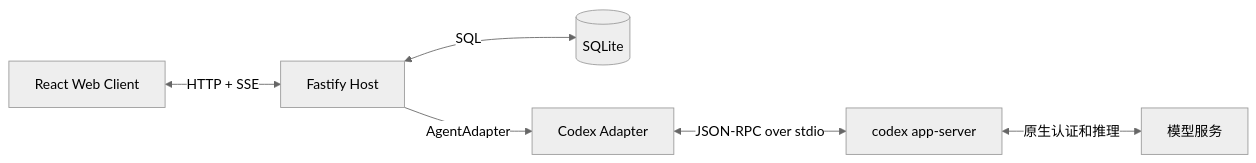
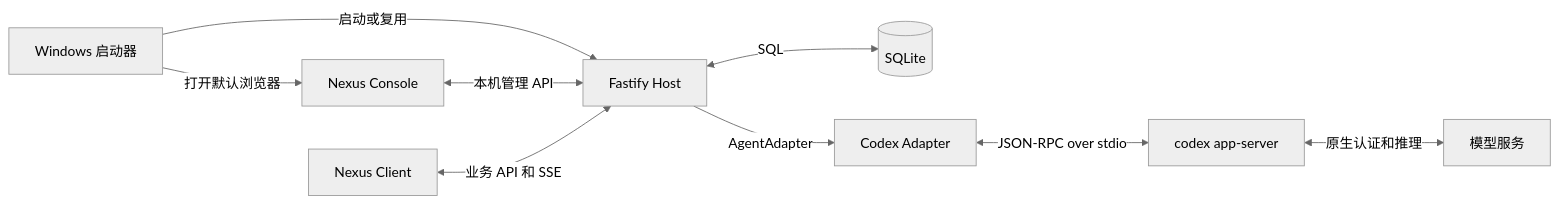
Before and after one commit to qihaichiaki/namica_nexus: the diagram in docs/architecture.md, drawn with Mermaid (neutral theme). The commit also changed other lines of this file and 3 other files, not shown here.

Commit message:
Document Windows Console startup and TASK-001 acceptance

````diff
--- a/docs/architecture.md
+++ b/docs/architecture.md
@@ -5,8 +5,11 @@
 ```mermaid
 flowchart LR
-    Web["React Web Client"] <-->|HTTP + SSE| Host["Fastify Host"]
+    Launcher["Windows 启动器"] -->|启动或复用| Host["Fastify Host"]
+    Launcher -->|打开默认浏览器| Console["Nexus Console"]
+    Console <-->|本机管理 API| Host
+    Web["Nexus Client"] <-->|业务 API 和 SSE| Host
     Host <-->|SQL| DB[("SQLite")]
     Host -->|AgentAdapter| Adapter["Codex Adapter"]
     Adapter <-->|JSON-RPC over stdio| Codex["codex app-server"]
     Codex <-->|原生认证和推理| Model["模型服务"]
 ```
````
